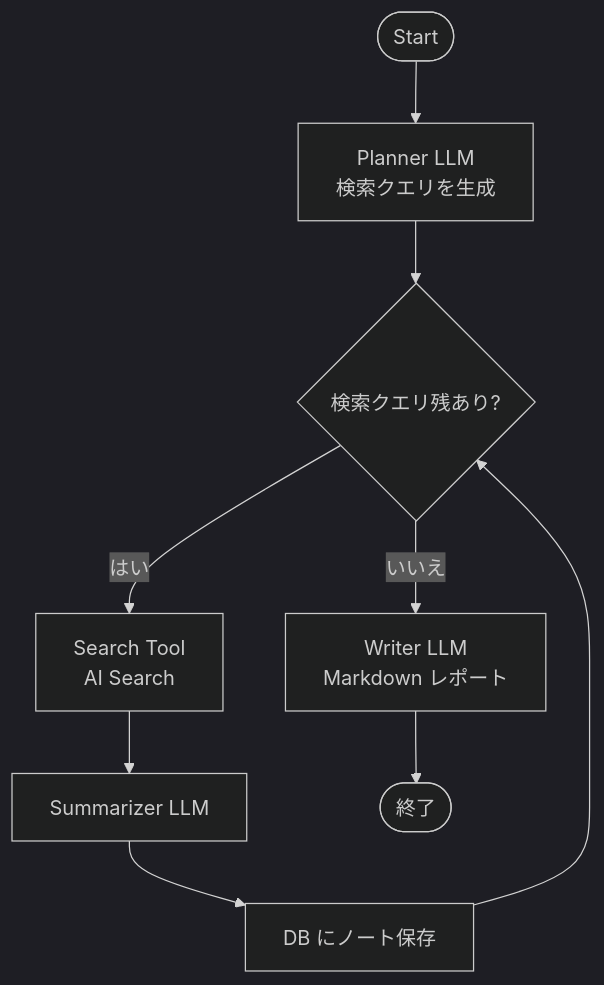
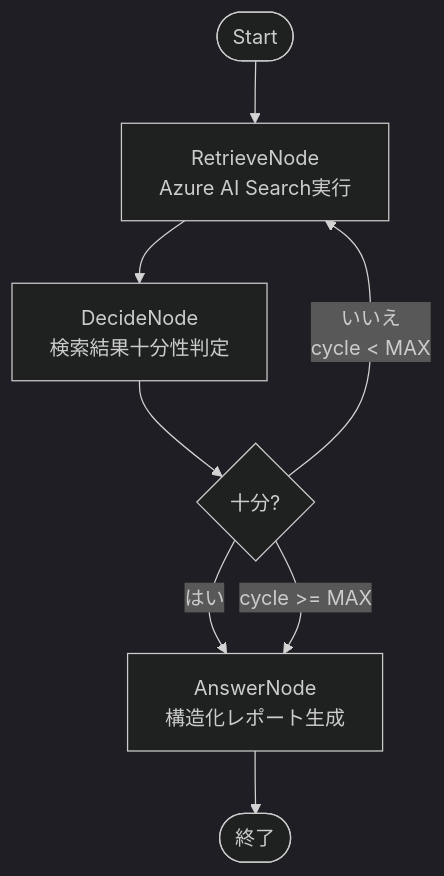
The second of 3 diagrams in docs/architecture/component_deep_research.md (kenjishioya/llm-app-trial-with-ai-driven), drawn with Mermaid (dark theme) before and after one commit. The commit also changed other lines of this file and 36 other files, not shown here.

````diff
--- a/docs/architecture/component_deep_research.md
+++ b/docs/architecture/component_deep_research.md
@@ -56,11 +62,10 @@
 ```mermaid
 flowchart TD
-  Start([Start]) --> Plan
-  Plan["Planner LLM<br/>検索クエリを生成"] --> Loop{検索クエリ残あり?}
-  Loop -- はい --> Search
-  Search["Search Tool<br/>AI Search"] --> Summarize
-  Summarize["Summarizer LLM"] --> SaveNote[DB にノート保存]
-  SaveNote --> Loop
-  Loop -- いいえ --> WriteReport
-  WriteReport["Writer LLM<br/>Markdown レポート"] --> End([終了])
+  Start([Start]) --> Retrieve
+  Retrieve["RetrieveNode<br/>Azure AI Search実行"] --> Decide
+  Decide["DecideNode<br/>検索結果十分性判定"] --> Decision{十分?}
+  Decision -- いいえ<br/>cycle < MAX --> Retrieve
+  Decision -- はい --> Answer
+  Answer["AnswerNode<br/>構造化レポート生成"] --> End([終了])
+  Decision -- cycle >= MAX --> Answer
 ```
````
